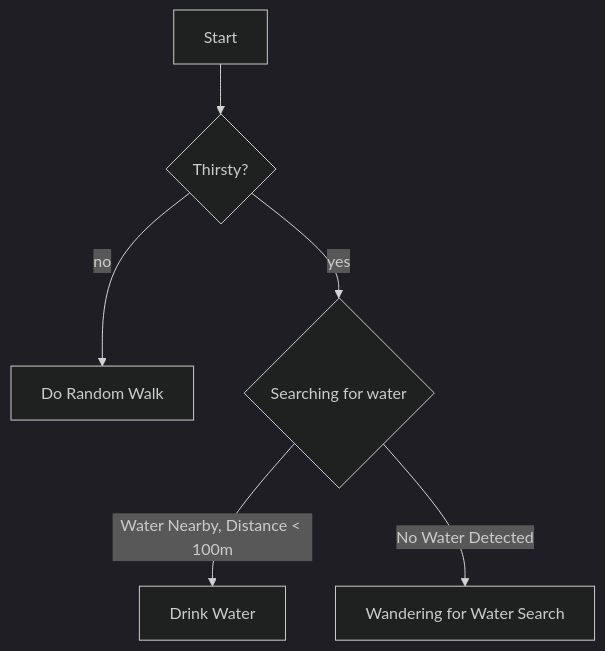
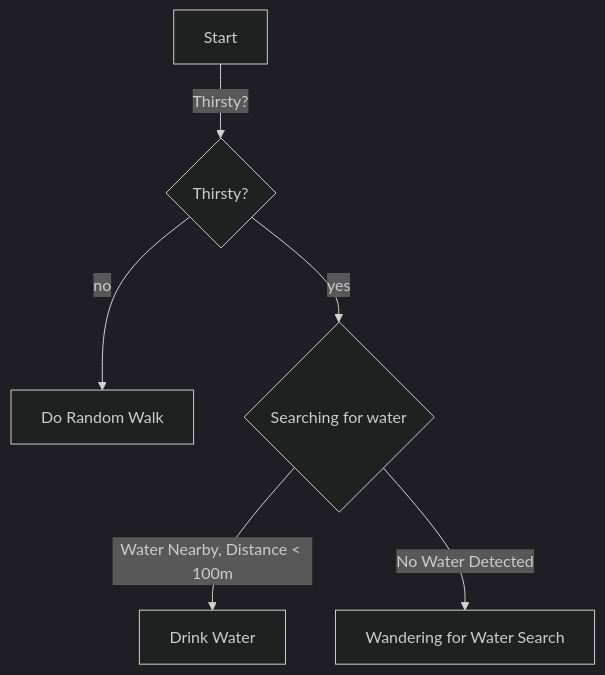
The first of 5 diagrams in docs/design/animals/elk/elk.md (Red-Sigma/proj-ki-geo), drawn with Mermaid (dark theme) before and after one commit. The commit also changed other lines of this file and 2 other files, not shown here.

````diff
--- a/docs/design/animals/elk/elk.md
+++ b/docs/design/animals/elk/elk.md
@@ -1,8 +1,8 @@
 ```mermaid
 flowchart TD
-    A[Start]--> B{Thirsty?}
+    A[Start]--> |Thirsty?| B{Thirsty?}
     B -->|no| D[Do Random Walk]
     B -->|yes| C{Searching for water}
     C -->|Water Nearby, Distance < 100m| E[Drink Water]
     C -->|No Water Detected| F[Wandering for Water Search]
 ```
````
